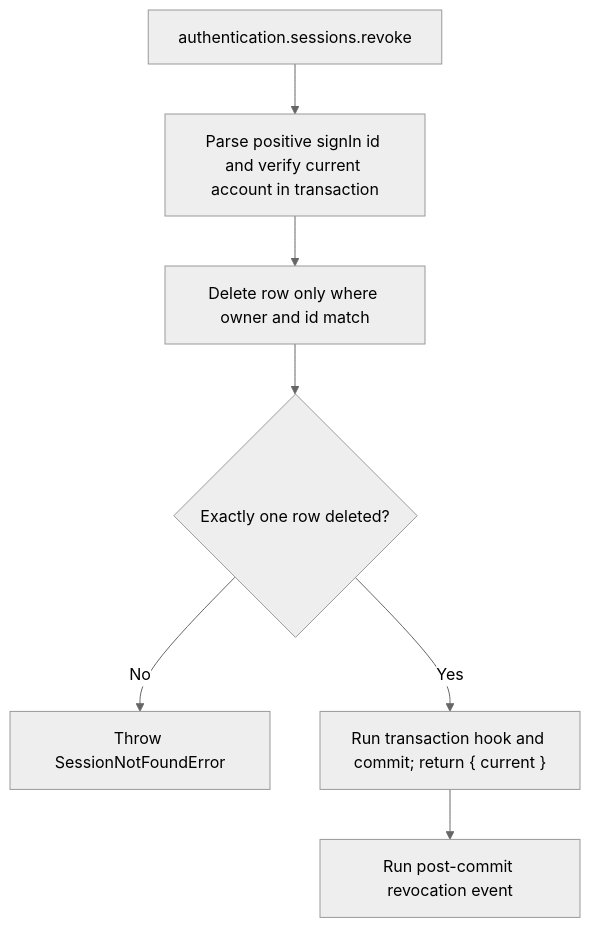
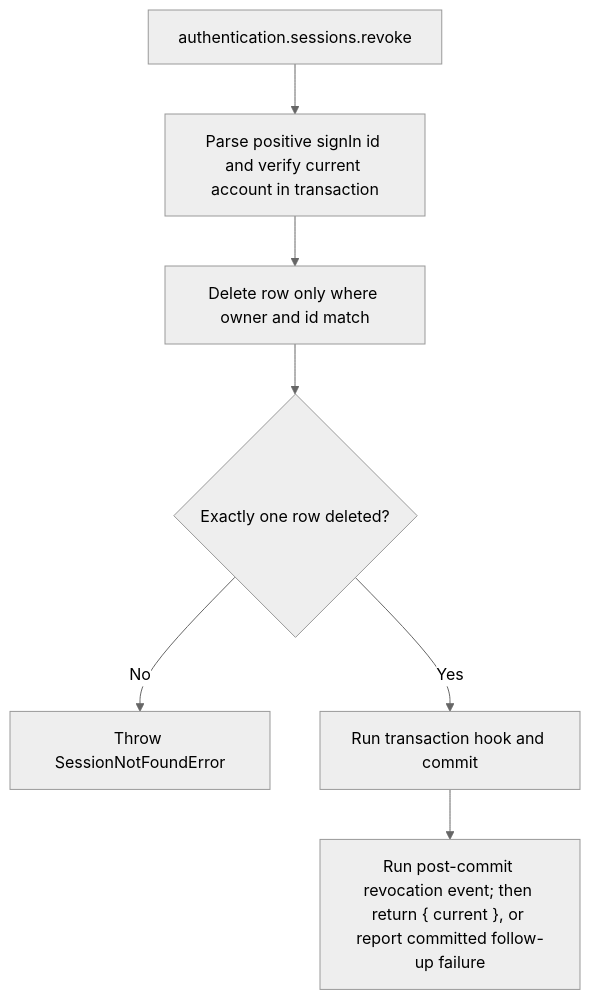
Before and after one commit to Kevinjohn/oss-adonisjs-account-kit: the second of 2 diagrams in user-stories/US-ACCOUNT-15-revoke-device.md, drawn with Mermaid (neutral theme). The commit also changed 4 other files, not shown here.

````diff
--- a/user-stories/US-ACCOUNT-15-revoke-device.md
+++ b/user-stories/US-ACCOUNT-15-revoke-device.md
@@ -32,9 +32,9 @@
 ```mermaid
 flowchart TD
  A["authentication.sessions.revoke"] --> B["Parse positive signIn id and verify current account in transaction"]
  B --> C["Delete row only where owner and id match"]
  C --> D{"Exactly one row deleted?"}
  D -->|No| E["Throw SessionNotFoundError"]
- D -->|Yes| F["Run transaction hook and commit; return { current }"]
- F --> G["Run post-commit revocation event"]
+ D -->|Yes| F["Run transaction hook and commit"]
+ F --> G["Run post-commit revocation event; then return { current }, or report committed follow-up failure"]
 ```
````
